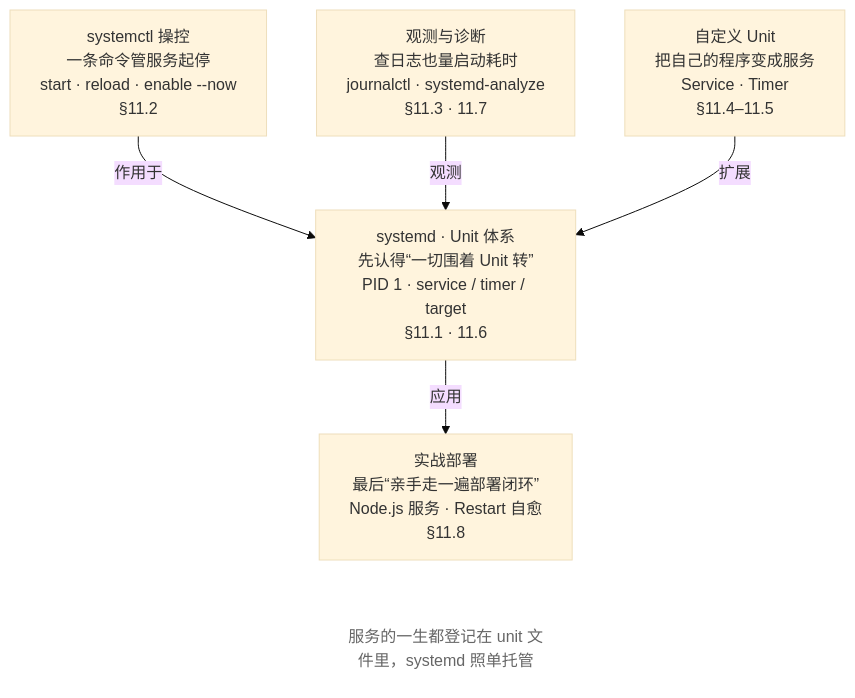
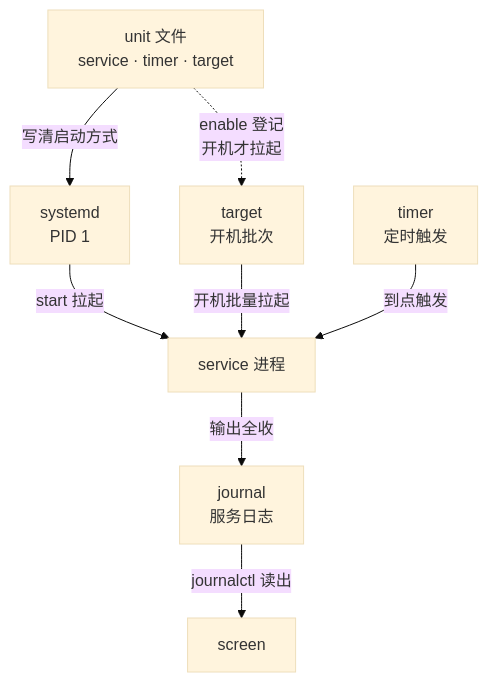
Before and after one commit to wangxiangnan/wangxiangnan.github.io: the first of 3 diagrams in src/linux-command/ch11.md, drawn with Mermaid (base theme). The commit also changed other lines of this file and 15 other files, not shown here.

````diff
--- a/src/linux-command/ch11.md
+++ b/src/linux-command/ch11.md
@@ -14,18 +14,17 @@
 ```mermaid
 flowchart TB
-    A["systemd · Unit 体系<br>先认得“一切围着 Unit 转”<br>PID 1 · service / timer / target<br>§11.1 · 11.6"]
-    B["systemctl 操控<br>一条命令管服务起停<br>start · reload · enable --now<br>§11.2"]
-    C["观测与诊断<br>查日志也量启动耗时<br>journalctl · systemd-analyze<br>§11.3 · 11.7"]
-    D["自定义 Unit<br>把自己的程序变成服务<br>Service · Timer<br>§11.4–11.5"]
-    E["实战部署<br>最后“亲手走一遍部署闭环”<br>Node.js 服务 · Restart 自愈<br>§11.8"]
-    NOTE["服务的一生都登记在 unit 文件里，systemd 照单托管"]
-
-    B -->|作用于| A
-    C -->|观测| A
-    D -->|扩展| A
-    A -->|应用| E
-    E ~~~ NOTE
-
-    classDef note fill:none,stroke:none,color:#666
-    class NOTE note
+    UNIT["unit 文件<br>service · timer · target"]
+    SYSD["systemd<br>PID 1"]
+    SVC["service 进程"]
+    J["journal<br>服务日志"]
+    TGT["target<br>开机批次"]
+    TMR["timer<br>定时触发"]
+    S["screen"]
+    UNIT -->|"写清启动方式"| SYSD
+    SYSD -->|"start 拉起"| SVC
+    SVC -->|"输出全收"| J
+    J -->|"journalctl 读出"| S
+    UNIT -.->|"enable 登记<br>开机才拉起"| TGT
+    TGT -->|"开机批量拉起"| SVC
+    TMR -->|"到点触发"| SVC
 ```
````
